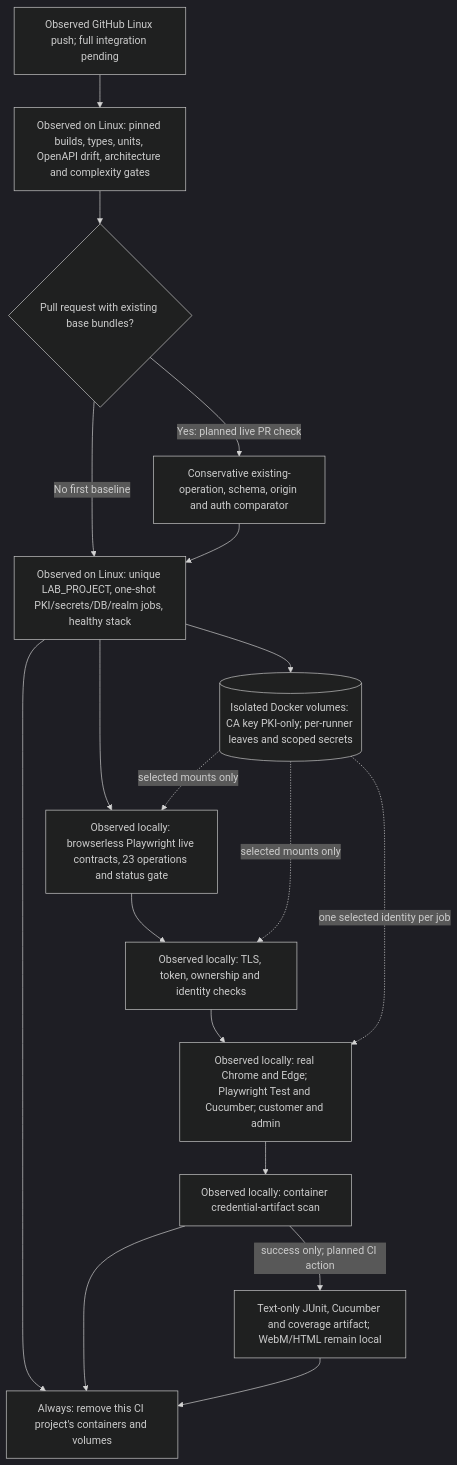
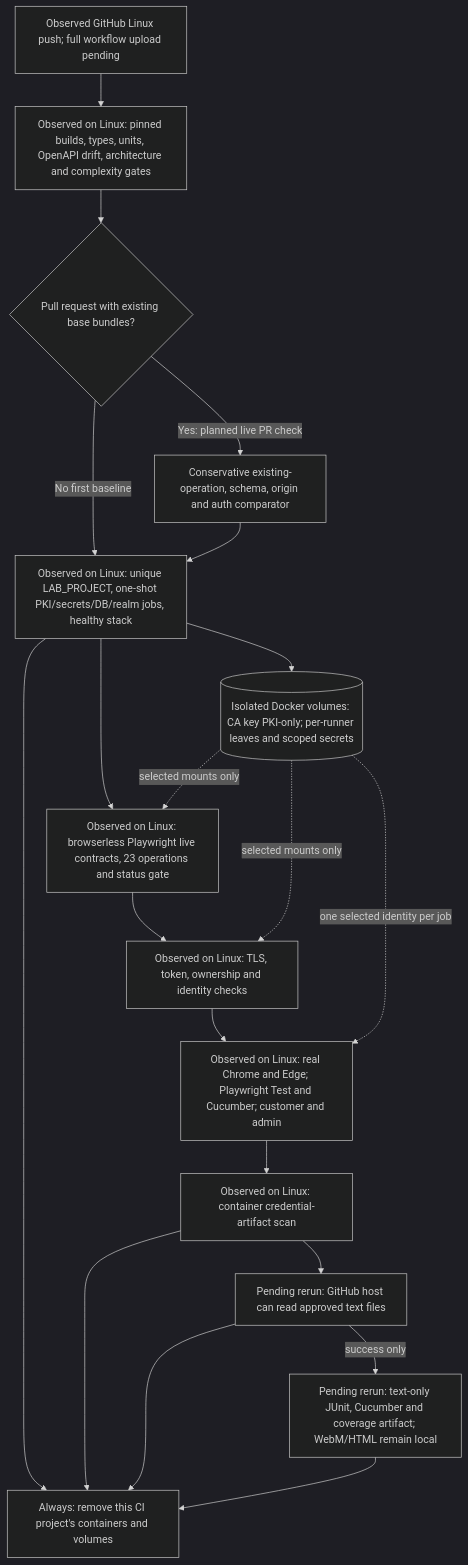
The tenth of 18 diagrams in docs/workflows.md (orieken/testing-with-certs), drawn with Mermaid (dark theme) before and after one commit. The commit also changed other lines of this file and 10 other files, not shown here.

Commit message:
Make scanned Cucumber reports readable to CI uploader

````diff
--- a/docs/workflows.md
+++ b/docs/workflows.md
@@ -329,20 +329,22 @@
 ```mermaid
 flowchart TD
-  Trigger["Observed GitHub Linux push; full integration pending"] --> Static["Observed on Linux: pinned builds, types, units, OpenAPI drift, architecture and complexity gates"]
+  Trigger["Observed GitHub Linux push; full workflow upload pending"] --> Static["Observed on Linux: pinned builds, types, units, OpenAPI drift, architecture and complexity gates"]
   Static --> Base{"Pull request with existing base bundles?"}
   Base -->|"Yes: planned live PR check"| Compare["Conservative existing-operation, schema, origin and auth comparator"]
   Base -->|"No first baseline"| Compose
   Compare --> Compose["Observed on Linux: unique LAB_PROJECT, one-shot PKI/secrets/DB/realm jobs, healthy stack"]
   Compose --> Certs[("Isolated Docker volumes: CA key PKI-only; per-runner leaves and scoped secrets")]
-  Compose --> Contracts["Observed locally: browserless Playwright live contracts, 23 operations and status gate"]
-  Contracts --> Security["Observed locally: TLS, token, ownership and identity checks"]
-  Security --> Matrix["Observed locally: real Chrome and Edge; Playwright Test and Cucumber; customer and admin"]
+  Compose --> Contracts["Observed on Linux: browserless Playwright live contracts, 23 operations and status gate"]
+  Contracts --> Security["Observed on Linux: TLS, token, ownership and identity checks"]
+  Security --> Matrix["Observed on Linux: real Chrome and Edge; Playwright Test and Cucumber; customer and admin"]
   Certs -.->|"selected mounts only"| Contracts
   Certs -.->|"selected mounts only"| Security
   Certs -.->|"one selected identity per job"| Matrix
-  Matrix --> Scan["Observed locally: container credential-artifact scan"]
-  Scan -->|"success only; planned CI action"| Upload["Text-only JUnit, Cucumber and coverage artifact; WebM/HTML remain local"]
+  Matrix --> Scan["Observed on Linux: container credential-artifact scan"]
+  Scan --> Readable["Pending rerun: GitHub host can read approved text files"]
+  Readable -->|"success only"| Upload["Pending rerun: text-only JUnit, Cucumber and coverage artifact; WebM/HTML remain local"]
   Compose --> Cleanup["Always: remove this CI project's containers and volumes"]
   Scan --> Cleanup
+  Readable --> Cleanup
   Upload --> Cleanup
 ```
````
